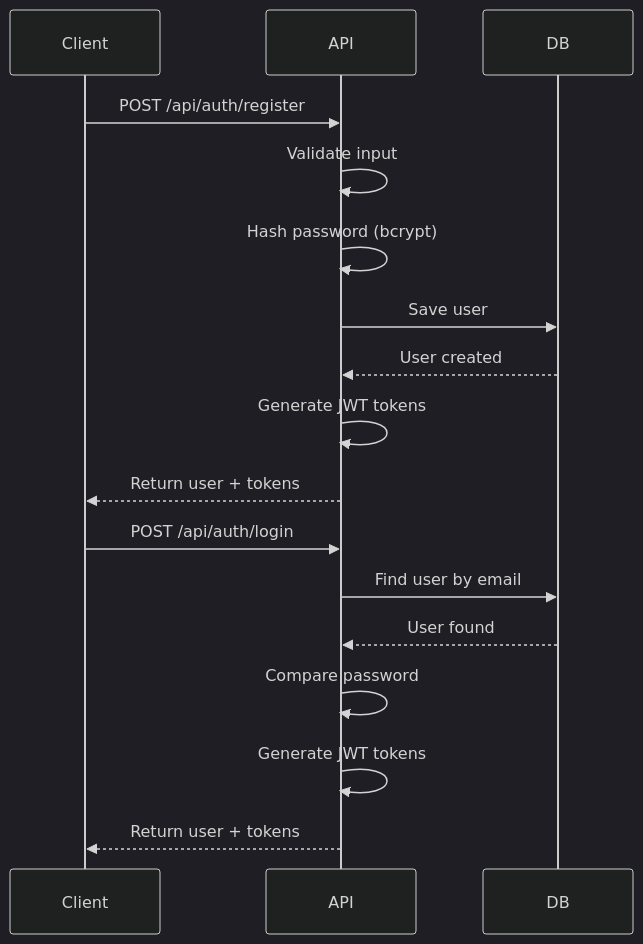
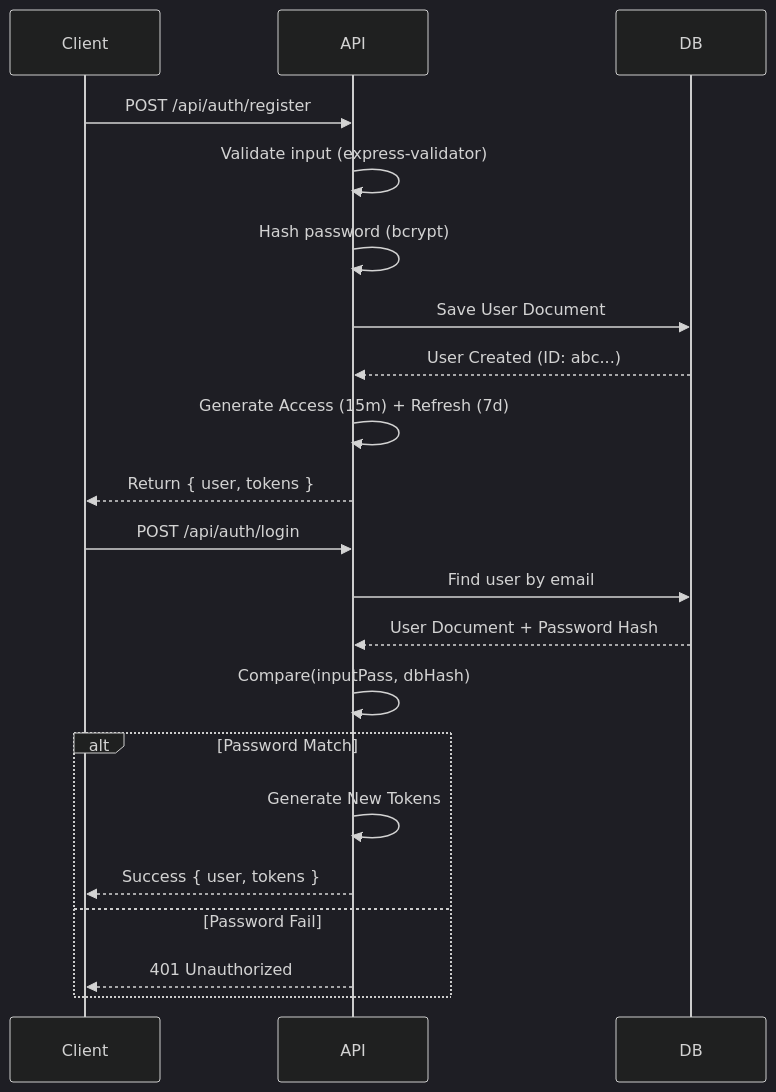
The second of 3 diagrams in NodeServer/README.md (kunalverma2512/IngrediSense), drawn with Mermaid (dark theme) before and after one commit. The commit also changed other lines of this file and 4 other files, not shown here.

````diff
--- a/NodeServer/README.md
+++ b/NodeServer/README.md
@@ -379,21 +289,26 @@
 ```mermaid
 sequenceDiagram
     participant Client
     participant API
     participant DB
     
     Client->>API: POST /api/auth/register
-    API->>API: Validate input
+    API->>API: Validate input (express-validator)
     API->>API: Hash password (bcrypt)
-    API->>DB: Save user
-    DB-->>API: User created
-    API->>API: Generate JWT tokens
-    API-->>Client: Return user + tokens
+    API->>DB: Save User Document
+    DB-->>API: User Created (ID: abc...)
+    API->>API: Generate Access (15m) + Refresh (7d)
+    API-->>Client: Return { user, tokens }
     
     Client->>API: POST /api/auth/login
     API->>DB: Find user by email
-    DB-->>API: User found
-    API->>API: Compare password
-    API->>API: Generate JWT tokens
-    API-->>Client: Return user + tokens
+    DB-->>API: User Document + Password Hash
+    API->>API: Compare(inputPass, dbHash)
+    
+    alt Password Match
+        API->>API: Generate New Tokens
+        API-->>Client: Success { user, tokens }
+    else Password Fail
+        API-->>Client: 401 Unauthorized
+    end
 ```
````
